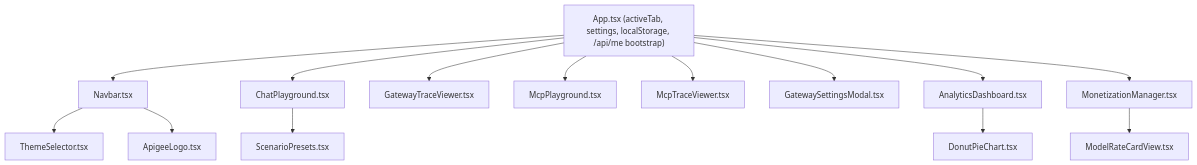
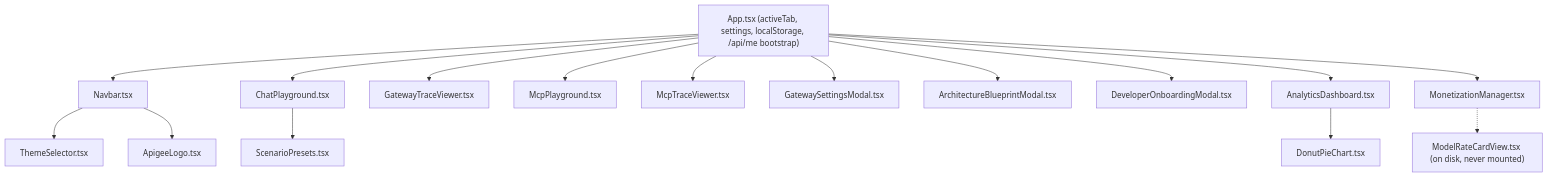
One commit to yem0428/apigee-ai-gateway-demo changed the third of 3 diagrams in docs/apigee_ai_gateway_demo_design.md. Above: the diagram before and after it, drawn with Mermaid. The commit also changed other lines of this file and 18 other files, not shown here.

````diff
--- a/docs/apigee_ai_gateway_demo_design.md
+++ b/docs/apigee_ai_gateway_demo_design.md
@@ -710,17 +770,19 @@
 ```mermaid
 graph TD
     App["App.tsx (activeTab, settings, localStorage, /api/me bootstrap)"]
     App --> Navbar["Navbar.tsx"]
     App --> Chat["ChatPlayground.tsx"]
     App --> Trace["GatewayTraceViewer.tsx"]
     App --> McpP["McpPlayground.tsx"]
     App --> McpT["McpTraceViewer.tsx"]
     App --> Modal["GatewaySettingsModal.tsx"]
+    App --> Blueprint["ArchitectureBlueprintModal.tsx"]
+    App --> Onboard["DeveloperOnboardingModal.tsx"]
     App --> Analytics["AnalyticsDashboard.tsx"]
     App --> Money["MonetizationManager.tsx"]
     Chat --> Presets["ScenarioPresets.tsx"]
     Analytics --> Donut["DonutPieChart.tsx"]
-    Money --> Rates["ModelRateCardView.tsx"]
+    Money -.-> Rates["ModelRateCardView.tsx (on disk, never mounted)"]
     Navbar --> Theme["ThemeSelector.tsx"]
     Navbar --> Logo["ApigeeLogo.tsx"]
 ```
````
